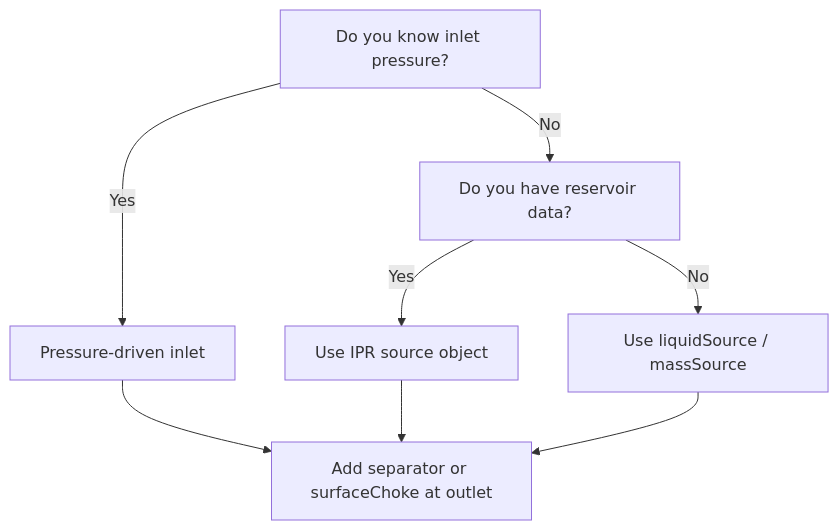
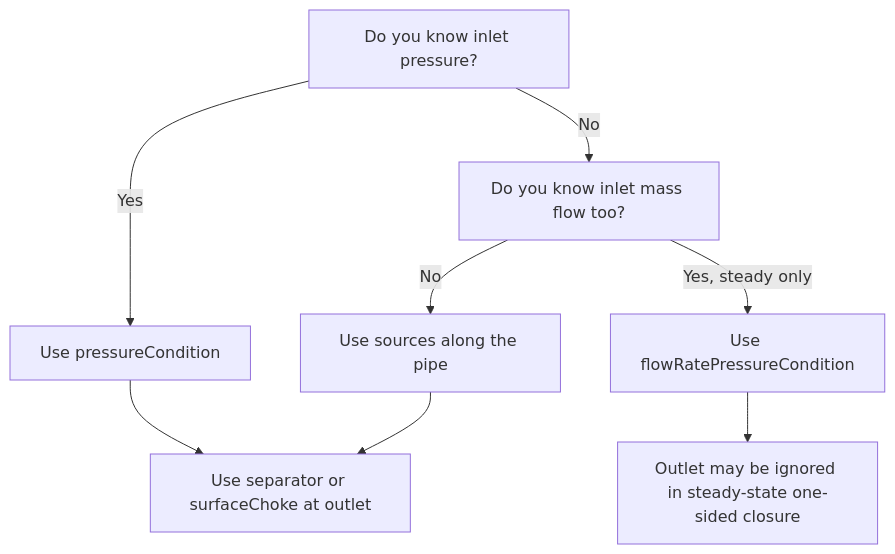
Before and after one commit to pedrorigon/marlim3: the diagram in docs/user-guide/boundary-conditions.md, drawn with Mermaid. The commit also changed other lines of this file and 8 other files, not shown here.

````diff
--- a/docs/user-guide/boundary-conditions.md
+++ b/docs/user-guide/boundary-conditions.md
@@ -131,10 +188,10 @@
 ```mermaid
 graph TD
-    A[Do you know inlet pressure?] -->|Yes| B[Pressure-driven inlet]
-    A -->|No| C[Do you have reservoir data?]
-    C -->|Yes| D[Use IPR source object]
-    C -->|No| E[Use liquidSource / massSource]
-    B --> F[Add separator or surfaceChoke at outlet]
-    D --> F
+    A[Do you know inlet pressure?] -->|Yes| B[Use pressureCondition]
+    A -->|No| C[Do you know inlet mass flow too?]
+    C -->|Yes, steady only| D[Use flowRatePressureCondition]
+    C -->|No| E[Use sources along the pipe]
+    B --> F[Use separator or surfaceChoke at outlet]
+    D --> G[Outlet may be ignored in steady-state one-sided closure]
     E --> F
 ```
````
